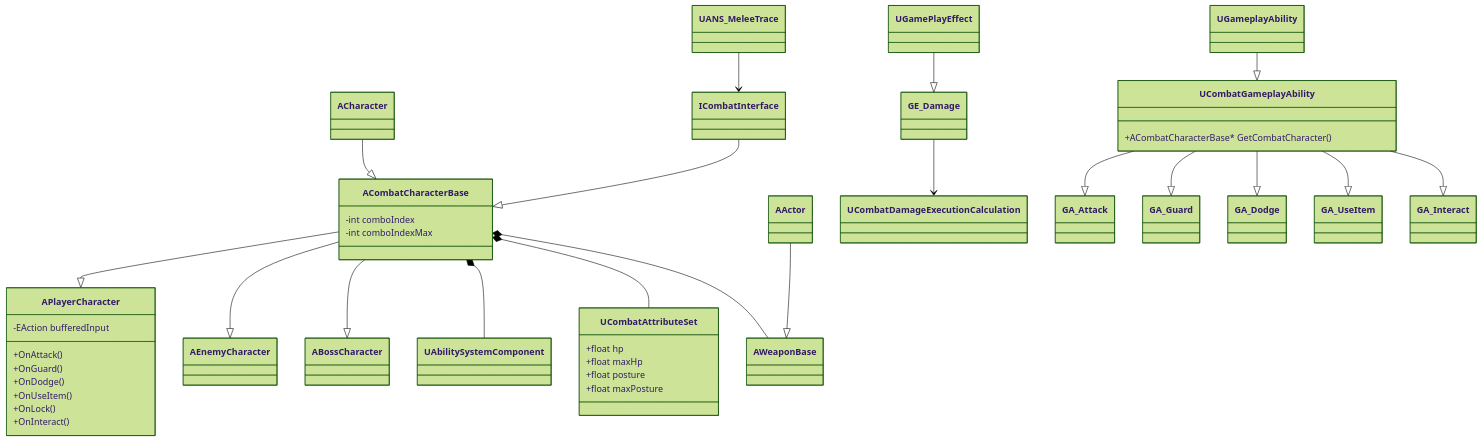
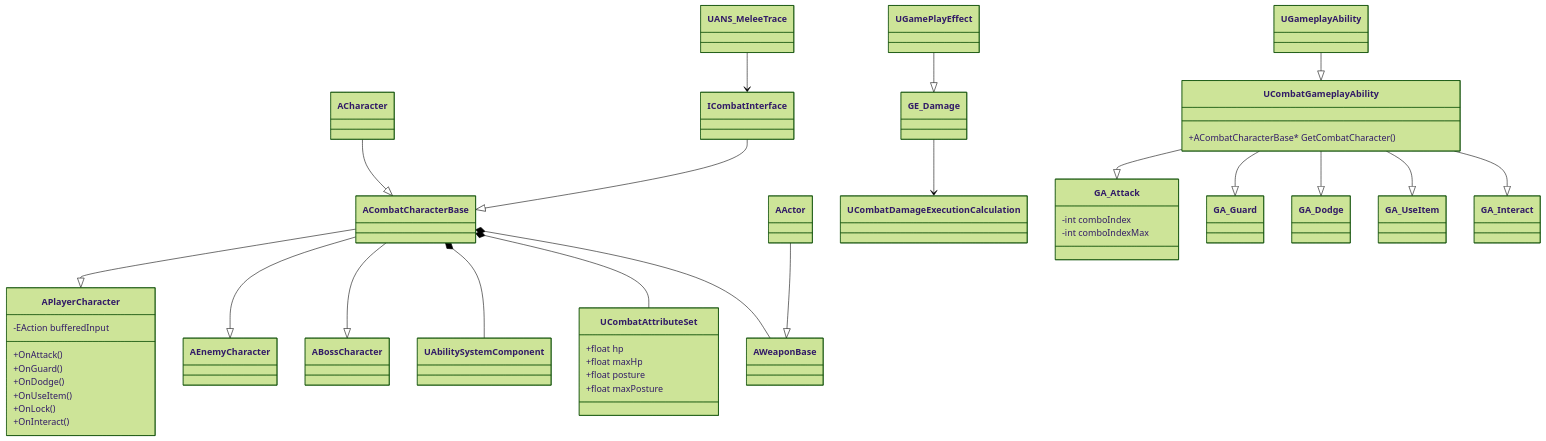
The diagram in Docs/02_class_relationship.md (BH-mk2/fastGAS_Demo), drawn with Mermaid (forest theme) before and after one commit. The commit also changed other lines of this file, not shown here.

````diff
--- a/Docs/02_class_relationship.md
+++ b/Docs/02_class_relationship.md
@@ -36,72 +36,72 @@
 ```mermaid
 
 classDiagram
     class ACombatCharacterBase{
-        -int comboIndex
-        -int comboIndexMax
     }
     ACharacter --|> ACombatCharacterBase
     ICombatInterface --|> ACombatCharacterBase
     class APlayerCharacter{
         -EAction bufferedInput
         +OnAttack()
         +OnGuard()
         +OnDodge()
         +OnUseItem()
         +OnLock()
         +OnInteract()
     }
     ACombatCharacterBase --|> APlayerCharacter
     class AEnemyCharacter{
     }
     ACombatCharacterBase --|> AEnemyCharacter
     class ABossCharacter{
     }
     ACombatCharacterBase --|> ABossCharacter
 
     AActor --|> AWeaponBase
 
     class UANS_MeleeTrace{
     }
 
     class GE_Damage{
     }
     UGamePlayEffect --|> GE_Damage
 
     class UCombatDamageExecutionCalculation{
     }
     GE_Damage --> UCombatDamageExecutionCalculation
 
     class UCombatGameplayAbility{
         +ACombatCharacterBase* GetCombatCharacter()
     }
     UGameplayAbility --|> UCombatGameplayAbility
 
     class GA_Attack{
+        -int comboIndex
+        -int comboIndexMax
     }
     UCombatGameplayAbility --|> GA_Attack
     class GA_Guard{
     }
     UCombatGameplayAbility --|> GA_Guard
     class GA_Dodge{
     }
     UCombatGameplayAbility --|> GA_Dodge
     class GA_UseItem{
     }
     UCombatGameplayAbility --|> GA_UseItem
     class GA_Interact{
     }
     UCombatGameplayAbility --|> GA_Interact
 
     class UCombatAttributeSet{
         +float hp
         +float maxHp
         +float posture
         +float maxPosture
     }
     ACombatCharacterBase *-- UAbilitySystemComponent
     ACombatCharacterBase *-- UCombatAttributeSet
     ACombatCharacterBase *-- AWeaponBase
 
     UANS_MeleeTrace --> ICombatInterface
 ```
````
